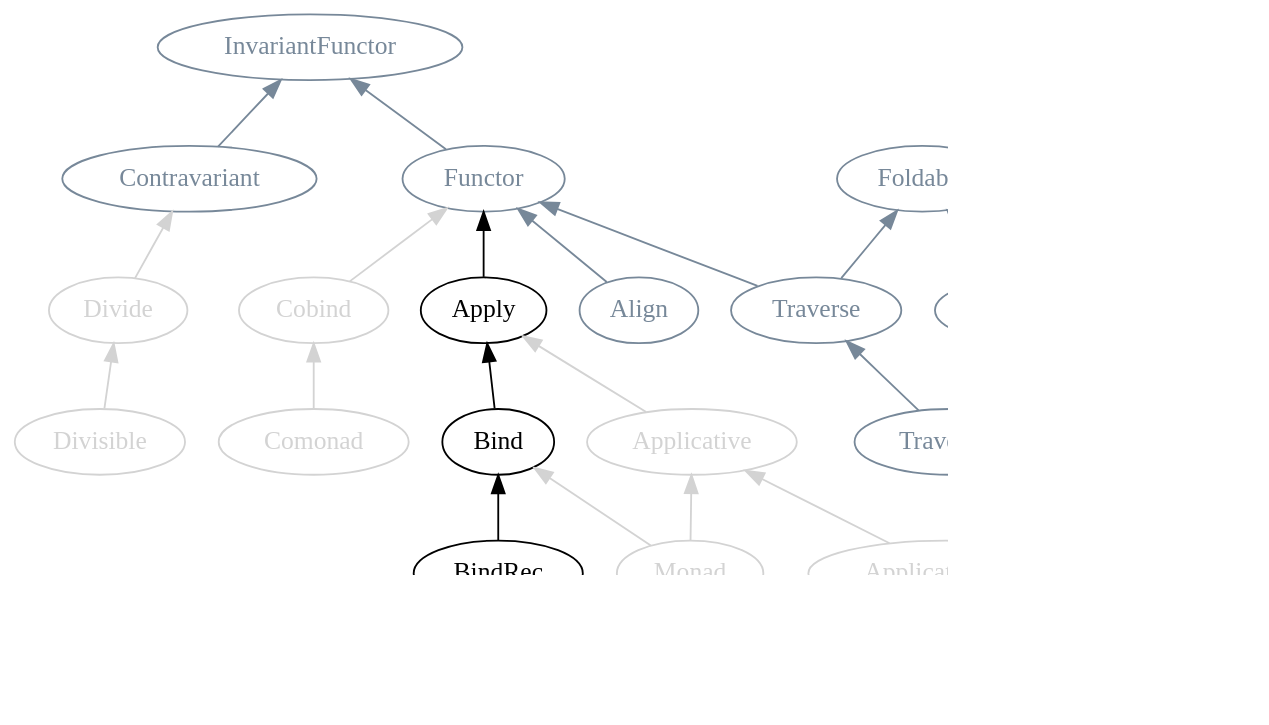
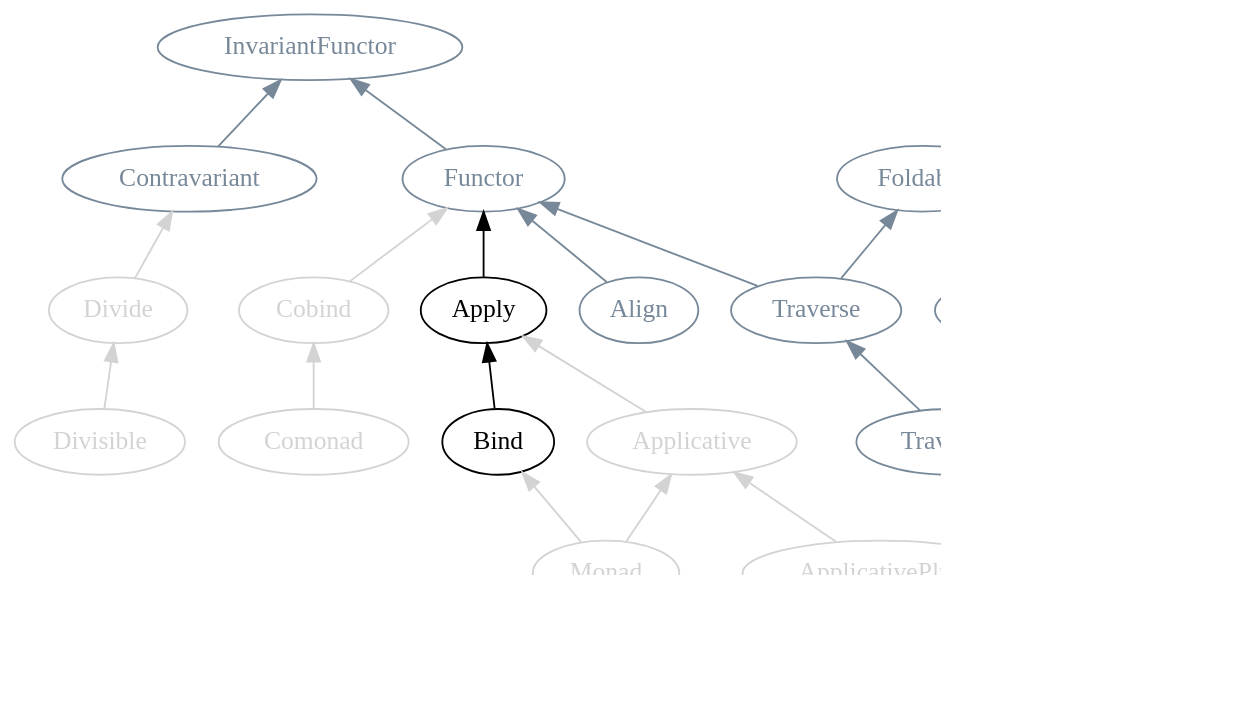
The ninth of 31 diagrams in manuscript/book.org (fommil/fpmortals), drawn with Graphviz before and after one commit. The commit also changed other lines of this file, not shown here.

Commit message:
remove earlier references to BindRec

```diff
--- a/manuscript/book.org
+++ b/manuscript/book.org
@@ -4498,68 +4492,66 @@
 #+BEGIN_SRC dot :file images/scalaz-apply.png :exports results
 digraph G {
     graph [dpi=100, rankdir=BT];
     node [fontname=Hack];
     node [fontcolor=lightgray,color=lightgray];
     edge [color=lightgray]
 
     Cobind;
     Comonad;
     Bind [fontcolor=black,color=black];
     Apply [fontcolor=black,color=black];
-    BindRec [fontcolor=black,color=black];
     Contravariant [fontcolor=lightslategray,color=lightslategray];
     Functor [fontcolor=lightslategray,color=lightslategray];
     InvariantFunctor [fontcolor=lightslategray,color=lightslategray];
     Functor;
     Divide;
     Divisible;
     Apply;
     Align [fontcolor=lightslategray,color=lightslategray];
     Applicative;
     Foldable1 [fontcolor=lightslategray,color=lightslategray];
     Foldable [fontcolor=lightslategray,color=lightslategray];
     Traverse [fontcolor=lightslategray,color=lightslategray];
     Traverse1 [fontcolor=lightslategray,color=lightslategray];
     Monad;
     "Advanced Monads" [style=dashed];
     Plus;
     PlusEmpty;
     IsEmpty;
     ApplicativePlus;
     MonadPlus;
 
     Cobind -> Functor;
     Comonad -> Cobind;
 
     Bind -> Apply [color=black];
-    BindRec -> Bind [color=black];
 
     Contravariant -> InvariantFunctor [color=lightslategray];
     Functor -> InvariantFunctor [color=lightslategray];
 
     Divide -> Contravariant;
     Divisible -> Divide;
     Apply -> Functor [color=black];
     Applicative -> Apply;
 
     Align -> Functor [color=lightslategray];
 
     Foldable1 -> Foldable [color=lightslategray];
     Traverse -> Functor [color=lightslategray];
     Traverse -> Foldable [color=lightslategray];
     Traverse1 -> Traverse [color=lightslategray];
     Traverse1 -> Foldable1 [color=lightslategray];
 
     Monad -> Applicative;
     "Advanced Monads" -> Monad;
     Monad -> Bind;
 
     PlusEmpty -> Plus;
     IsEmpty -> PlusEmpty;
 
     ApplicativePlus -> Applicative;
     ApplicativePlus -> PlusEmpty;
     MonadPlus -> ApplicativePlus;
     MonadPlus -> Monad;
 }
 #+END_SRC
```
